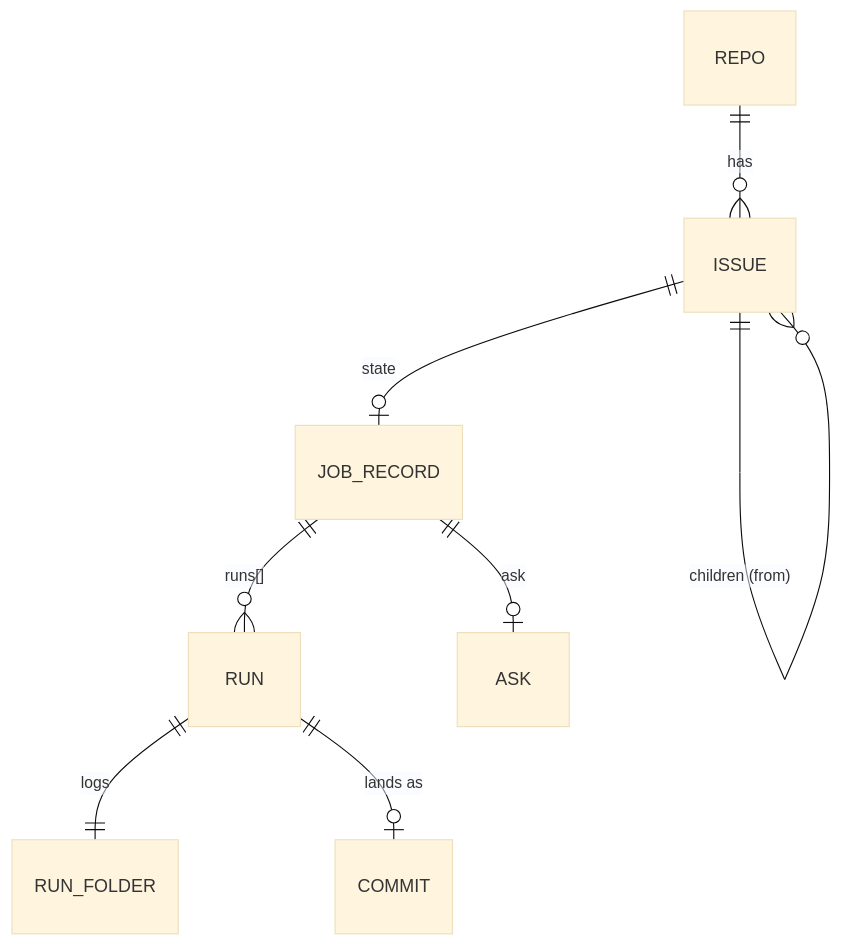
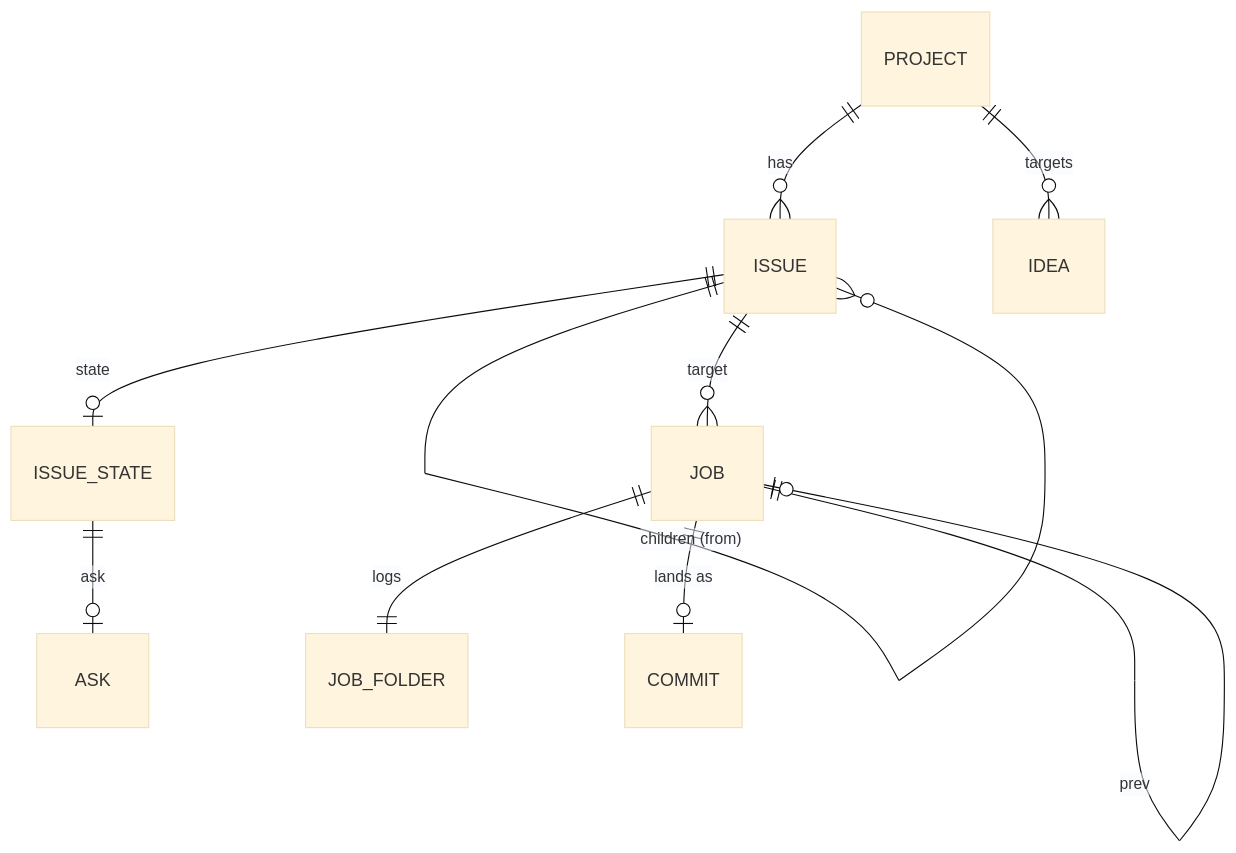
Before and after one commit to crsmithdev/aleph: the diagram in docs/data-model.md, drawn with Mermaid (base theme). The commit also changed other lines of this file and 264 other files, not shown here.

````diff
--- a/docs/data-model.md
+++ b/docs/data-model.md
@@ -26,10 +23,12 @@
 ```mermaid
 erDiagram
-  REPO ||--o{ ISSUE : "has"
+  PROJECT ||--o{ ISSUE : "has"
+  PROJECT ||--o{ IDEA : "targets"
   ISSUE ||--o{ ISSUE : "children (from)"
-  ISSUE ||--o| JOB_RECORD : "state"
-  JOB_RECORD ||--o{ RUN : "runs[]"
-  JOB_RECORD ||--o| ASK : "ask"
-  RUN ||--|| RUN_FOLDER : "logs"
-  RUN ||--o| COMMIT : "lands as"
+  ISSUE ||--o{ JOB : "target"
+  ISSUE ||--o| ISSUE_STATE : "state"
+  ISSUE_STATE ||--o| ASK : "ask"
+  JOB ||--o| JOB : "prev"
+  JOB ||--|| JOB_FOLDER : "logs"
+  JOB ||--o| COMMIT : "lands as"
 ```
````
